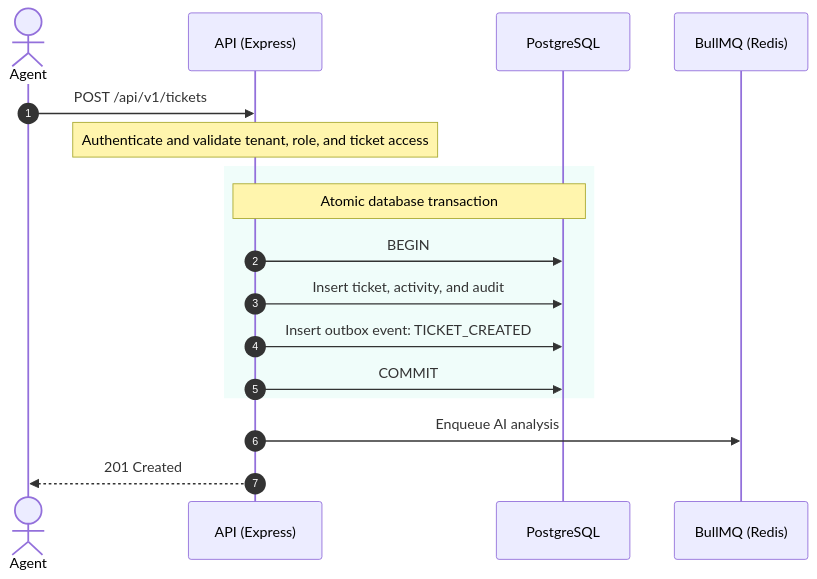
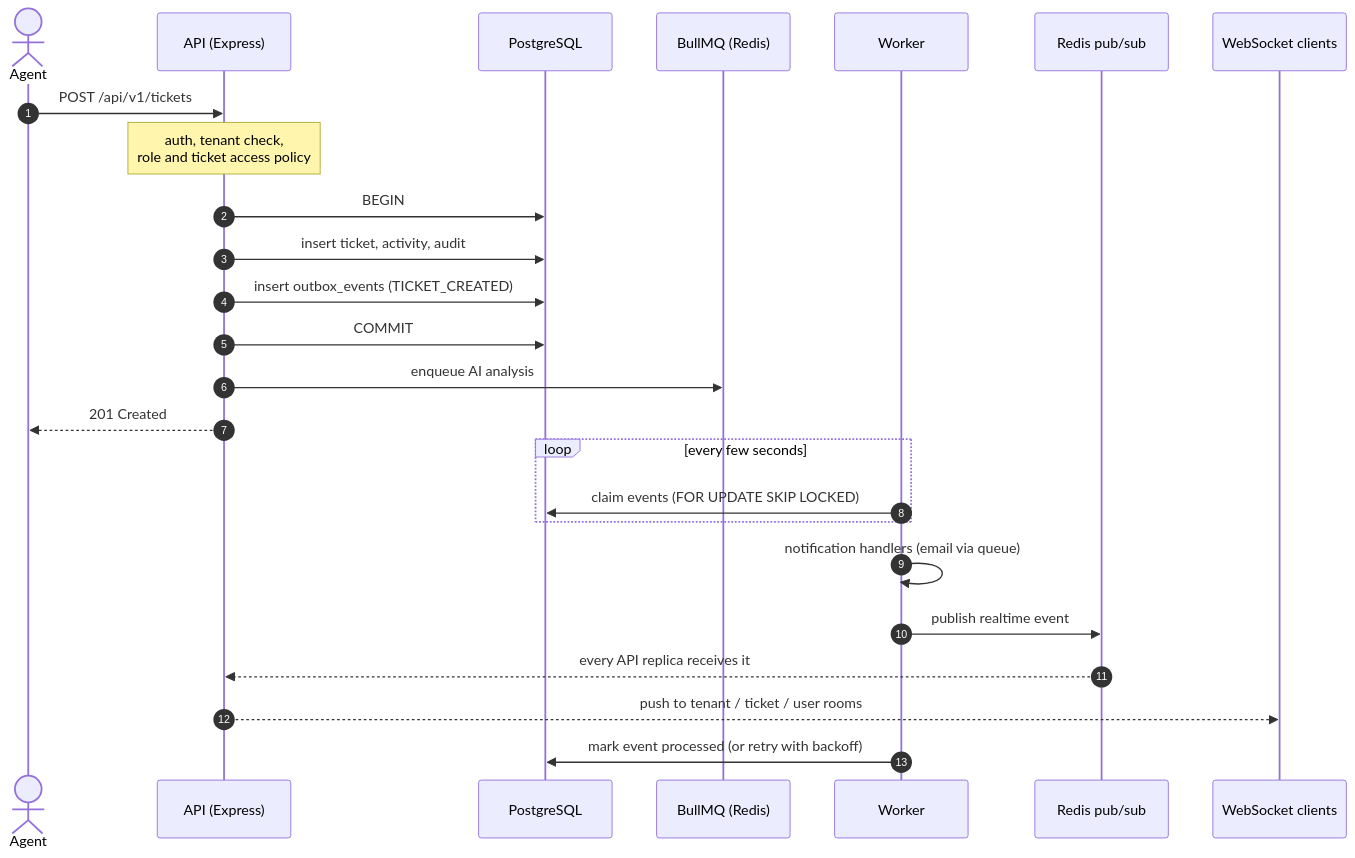
Before and after one commit to Noman-Ahmed-Khan/omni-support: the third of 7 diagrams in README.md, drawn with Mermaid. The commit also changed other lines of this file, not shown here.

Commit message:
docs: update ticket creation flow and event processing in README

````diff
--- a/README.md
+++ b/README.md
@@ -269,22 +268,29 @@
 ```mermaid
 sequenceDiagram
     autonumber
     actor Agent
     participant API as API (Express)
-    participant DB as PostgreSQL
-    participant Queue as BullMQ (Redis)
+    participant PG as PostgreSQL
+    participant Q as BullMQ (Redis)
+    participant W as Worker
+    participant R as Redis pub/sub
+    participant WS as WebSocket clients
 
     Agent->>API: POST /api/v1/tickets
-    Note over API: Authenticate and validate tenant, role, and ticket access
+    Note over API: auth, tenant check,<br/>role and ticket access policy
+    API->>PG: BEGIN
+    API->>PG: insert ticket, activity, audit
+    API->>PG: insert outbox_events (TICKET_CREATED)
+    API->>PG: COMMIT
+    API->>Q: enqueue AI analysis
+    API-->>Agent: 201 Created
 
-    rect rgb(240, 253, 250)
-        Note over API,DB: Atomic database transaction
-        API->>DB: BEGIN
-        API->>DB: Insert ticket, activity, and audit
-        API->>DB: Insert outbox event: TICKET_CREATED
-        API->>DB: COMMIT
+    loop every few seconds
+        W->>PG: claim events (FOR UPDATE SKIP LOCKED)
     end
-
-    API->>Queue: Enqueue AI analysis
-    API-->>Agent: 201 Created
+    W->>W: notification handlers (email via queue)
+    W->>R: publish realtime event
+    R-->>API: every API replica receives it
+    API-->>WS: push to tenant / ticket / user rooms
+    W->>PG: mark event processed (or retry with backoff)
 ```
````
